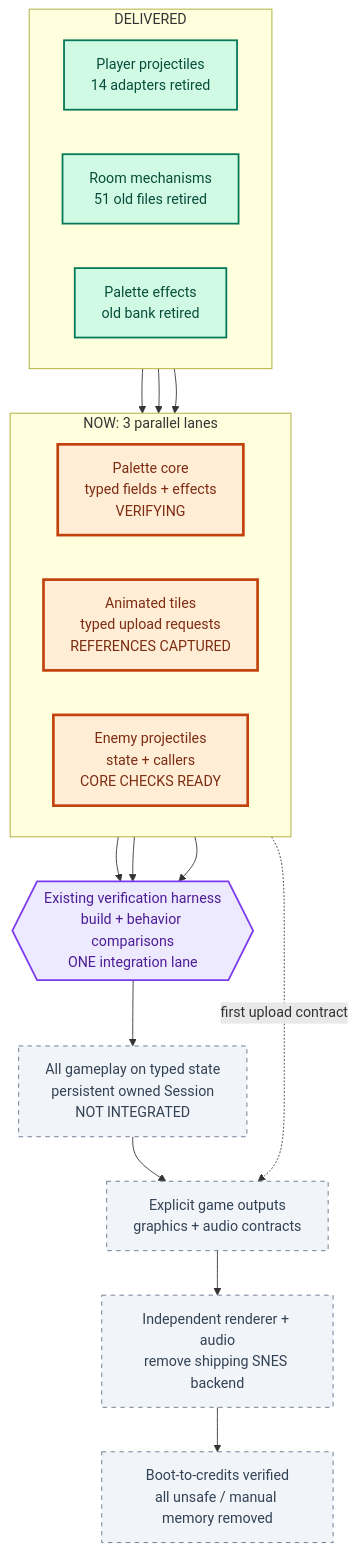
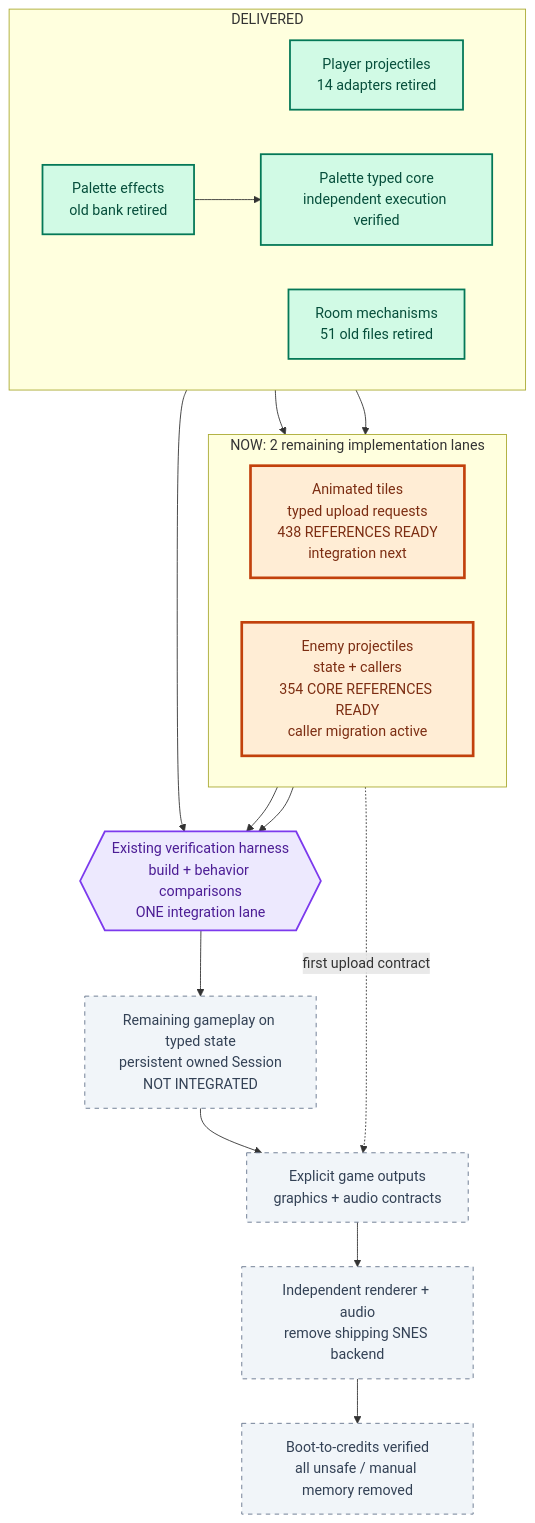
The diagram in PROGRESS.md (JimLundin/sm-decomp), drawn with Mermaid before and after one commit. The commit also changed other lines of this file and 2 other files, not shown here.

First line of the commit message:
Update visual milestones after palette CI pass; docs checks pass

````diff
--- a/PROGRESS.md
+++ b/PROGRESS.md
@@ -8,34 +8,34 @@
 ```mermaid
 flowchart TB
     subgraph delivered["DELIVERED"]
         direction LR
         P["Player projectiles<br/>14 adapters retired"]:::done
         M["Room mechanisms<br/>51 old files retired"]:::done
         C["Palette effects<br/>old bank retired"]:::done
+        PC["Palette typed core<br/>independent execution verified"]:::done
     end
 
-    subgraph parallel["NOW: 3 parallel lanes"]
+    subgraph parallel["NOW: 2 remaining implementation lanes"]
         direction LR
-        PC["Palette core<br/>typed fields + effects<br/>VERIFYING"]:::active
-        AT["Animated tiles<br/>typed upload requests<br/>REFERENCES CAPTURED"]:::active
-        EP["Enemy projectiles<br/>state + callers<br/>CORE CHECKS READY"]:::active
+        AT["Animated tiles<br/>typed upload requests<br/>438 REFERENCES READY<br/>integration next"]:::active
+        EP["Enemy projectiles<br/>state + callers<br/>354 CORE REFERENCES READY<br/>caller migration active"]:::active
     end
 
     C --> PC
     P --> EP
     M --> EP
     PC --> CHECK
     AT --> CHECK
     EP --> CHECK
     CHECK{{"Existing verification harness<br/>build + behavior comparisons<br/>ONE integration lane"}}:::gate
-    CHECK --> SESSION["All gameplay on typed state<br/>persistent owned Session<br/>NOT INTEGRATED"]:::pending
+    CHECK --> SESSION["Remaining gameplay on typed state<br/>persistent owned Session<br/>NOT INTEGRATED"]:::pending
     SESSION --> OUTPUT["Explicit game outputs<br/>graphics + audio contracts"]:::pending
     AT -. "first upload contract" .-> OUTPUT
     OUTPUT --> BACKEND["Independent renderer + audio<br/>remove shipping SNES backend"]:::pending
     BACKEND --> FINISH["Boot-to-credits verified<br/>all unsafe / manual memory removed"]:::pending
 
     classDef done fill:#d1fae5,stroke:#047857,color:#064e3b,stroke-width:2px
     classDef active fill:#ffedd5,stroke:#c2410c,color:#7c2d12,stroke-width:3px
     classDef pending fill:#f1f5f9,stroke:#64748b,color:#334155,stroke-dasharray:5 5
     classDef gate fill:#ede9fe,stroke:#7c3aed,color:#4c1d95,stroke-width:2px
 ```
````
